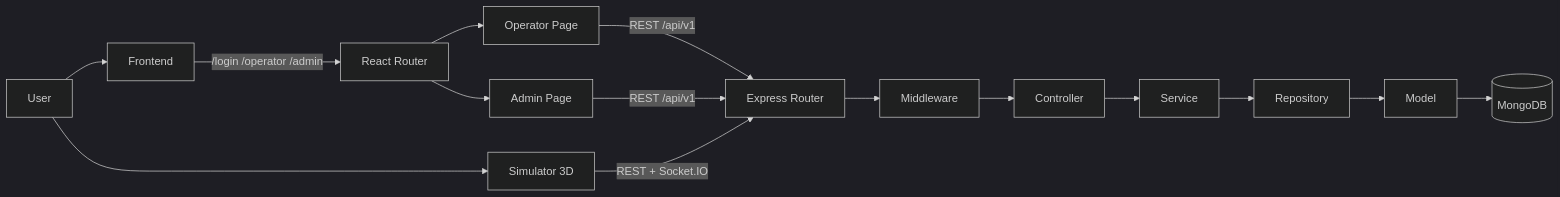
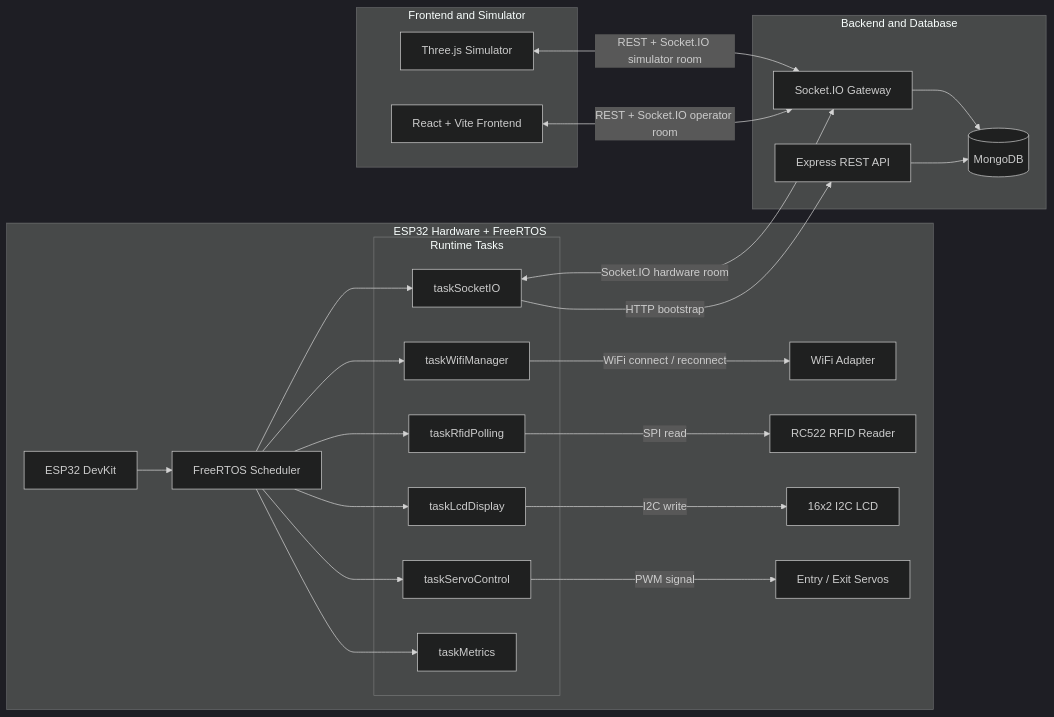
Before and after one commit to Duongajaas/Wiki: the first of 3 diagrams in src/project/NT131/README.md, drawn with Mermaid (dark theme). The commit also changed other lines of this file and 16 other files, not shown here.

````diff
--- a/src/project/NT131/README.md
+++ b/src/project/NT131/README.md
@@ -134,17 +43,51 @@
 ```mermaid
 flowchart LR
-U[User] --> FE[Frontend]
-U --> SIM[Simulator 3D]
-FE -->|/login /operator /admin| FR[React Router]
-FR --> OP[Operator Page]
-FR --> AD[Admin Page]
-OP -->|REST /api/v1| R[Express Router]
-AD -->|REST /api/v1| R
-SIM -->|REST + Socket.IO| R
-R --> MW[Middleware]
-MW --> C[Controller]
-C --> S[Service]
-S --> RP[Repository]
-RP --> M[Model]
-M --> DB[(MongoDB)]
+  subgraph HWZONE[ESP32 Hardware + FreeRTOS]
+    ESP[ESP32 DevKit]
+    RTOS[FreeRTOS Scheduler]
+
+    subgraph TASKS[Runtime Tasks]
+      TSOCKET[taskSocketIO]
+      TWIFI[taskWifiManager]
+      TRFID[taskRfidPolling]
+      TSERVO[taskServoControl]
+      TLCD[taskLcdDisplay]
+      TMETRICS[taskMetrics]
+    end
+
+    WIFI[WiFi Adapter]
+    RFID[RC522 RFID Reader]
+    LCD[16x2 I2C LCD]
+    SERVO[Entry / Exit Servos]
+
+    ESP --> RTOS
+    RTOS --> TSOCKET
+    RTOS --> TWIFI
+    RTOS --> TRFID
+    RTOS --> TSERVO
+    RTOS --> TLCD
+    RTOS --> TMETRICS
+    TWIFI -->|WiFi connect / reconnect| WIFI
+    TRFID -->|SPI read| RFID
+    TLCD -->|I2C write| LCD
+    TSERVO -->|PWM signal| SERVO
+  end
+
+  subgraph BACKEND[Backend and Database]
+    API[Express REST API]
+    SIO[Socket.IO Gateway]
+    DB[(MongoDB)]
+    API --> DB
+    SIO --> DB
+  end
+
+  subgraph CLIENTS[Frontend and Simulator]
+    FE[React + Vite Frontend]
+    SIM[Three.js Simulator]
+  end
+
+  TSOCKET -->|HTTP bootstrap| API
+  TSOCKET <-->|Socket.IO hardware room| SIO
+  FE <-->|REST + Socket.IO operator room| SIO
+  SIM <-->|REST + Socket.IO simulator room| SIO
 ```
````
